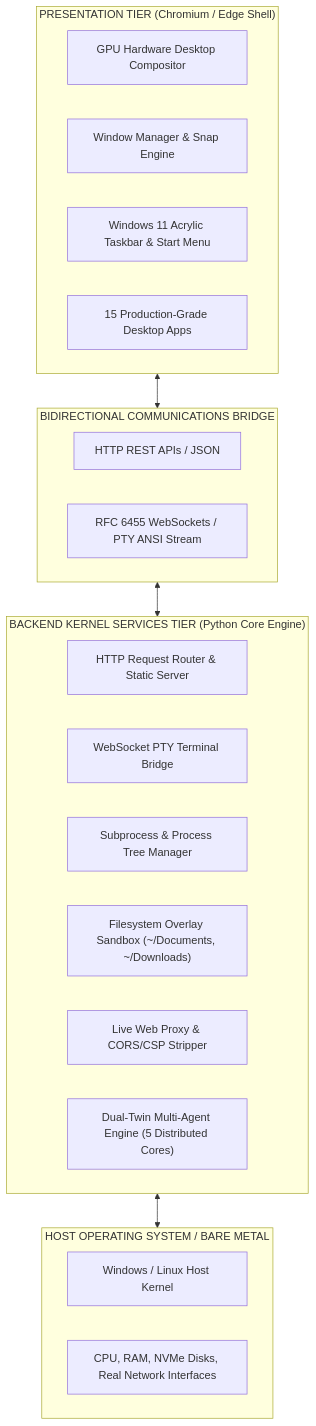
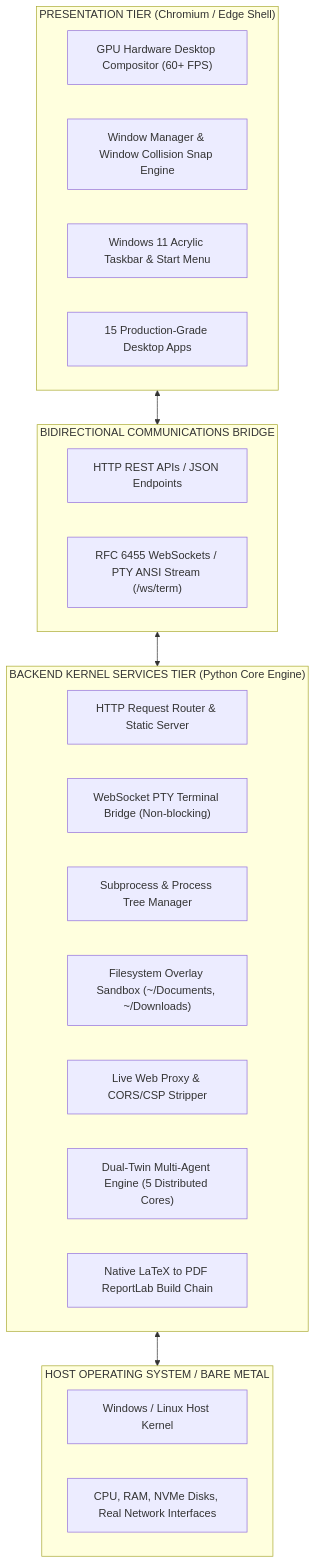
Before and after one commit to Nitanshu715/AURA-OS: the first of 3 diagrams in README.md, drawn with Mermaid. The commit also changed other lines of this file and 23 other files, not shown here.

Commit message:
chore: reorganize root layout, add GitHub Actions CI/release, comprehensive visual gallery, and deep architectural specs

````diff
--- a/README.md
+++ b/README.md
@@ -21,32 +21,33 @@
 ```mermaid
 graph TB
     subgraph PresentationTier ["PRESENTATION TIER (Chromium / Edge Shell)"]
-        UIComp["GPU Hardware Desktop Compositor"]
-        WinMgr["Window Manager & Snap Engine"]
+        UIComp["GPU Hardware Desktop Compositor (60+ FPS)"]
+        WinMgr["Window Manager & Window Collision Snap Engine"]
         Taskbar["Windows 11 Acrylic Taskbar & Start Menu"]
         Apps["15 Production-Grade Desktop Apps"]
     end
 
     subgraph CommBridge ["BIDIRECTIONAL COMMUNICATIONS BRIDGE"]
-        RestAPI["HTTP REST APIs / JSON"]
-        WSProto["RFC 6455 WebSockets / PTY ANSI Stream"]
+        RestAPI["HTTP REST APIs / JSON Endpoints"]
+        WSProto["RFC 6455 WebSockets / PTY ANSI Stream (/ws/term)"]
     end
 
     subgraph BackendTier ["BACKEND KERNEL SERVICES TIER (Python Core Engine)"]
         Router["HTTP Request Router & Static Server"]
-        WSBridge["WebSocket PTY Terminal Bridge"]
+        WSBridge["WebSocket PTY Terminal Bridge (Non-blocking)"]
         ProcMgr["Subprocess & Process Tree Manager"]
         FSSandbox["Filesystem Overlay Sandbox (~/Documents, ~/Downloads)"]
         Proxy["Live Web Proxy & CORS/CSP Stripper"]
         TwinAPI["Dual-Twin Multi-Agent Engine (5 Distributed Cores)"]
+        LatexEngine["Native LaTeX to PDF ReportLab Build Chain"]
     end
 
     subgraph HostTier ["HOST OPERATING SYSTEM / BARE METAL"]
         OSKernel["Windows / Linux Host Kernel"]
         Hardware["CPU, RAM, NVMe Disks, Real Network Interfaces"]
     end
 
     PresentationTier <--> CommBridge
     CommBridge <--> BackendTier
     BackendTier <--> HostTier
 ```
````
